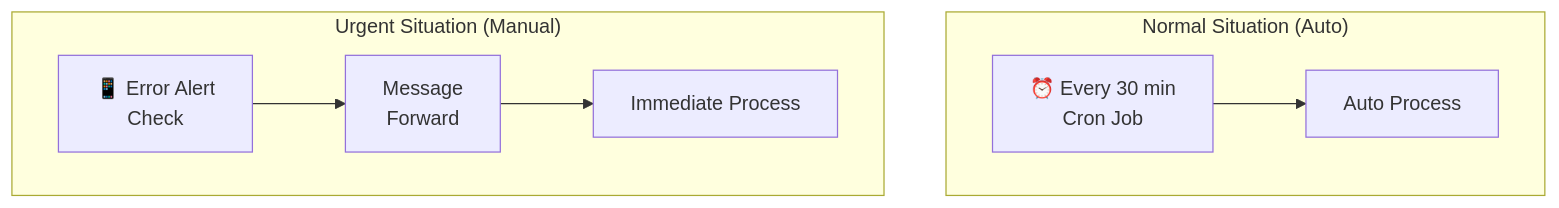
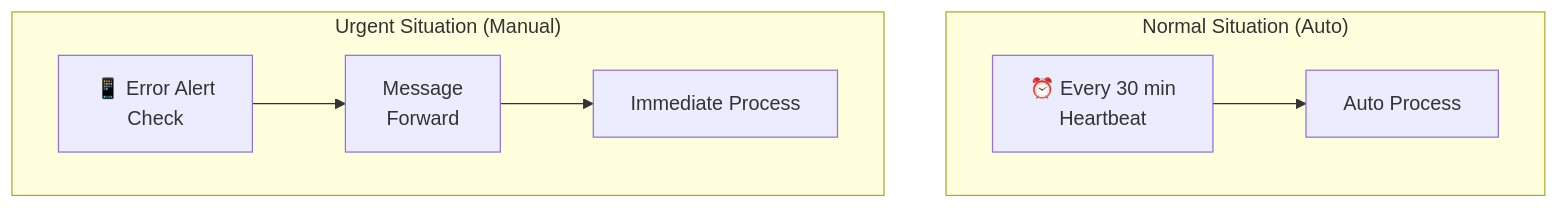
Before and after one commit to 12OneTwo12/12OneTwo12.github.io: the fourth of 6 diagrams in content/blog/trends/openclaw-error-autopilot.en.md, drawn with Mermaid. The commit also changed other lines of this file and 1 other file, not shown here.

Commit message:
docs: openclaw crontab to heartbeat 로컬 테스트 삭제

````diff
--- a/content/blog/trends/openclaw-error-autopilot.en.md
+++ b/content/blog/trends/openclaw-error-autopilot.en.md
@@ -467,10 +467,10 @@
 ```mermaid
 flowchart TB
     subgraph "Normal Situation (Auto)"
-        Cron1["⏰ Every 30 min<br/>Cron Job"] --> Auto["Auto Process"]
+        Cron1["⏰ Every 30 min<br/>Heartbeat"] --> Auto["Auto Process"]
     end
 
     subgraph "Urgent Situation (Manual)"
         Alert["📱 Error Alert<br/>Check"] --> Forward["Message<br/>Forward"] --> Manual["Immediate Process"]
     end
 ```
````
